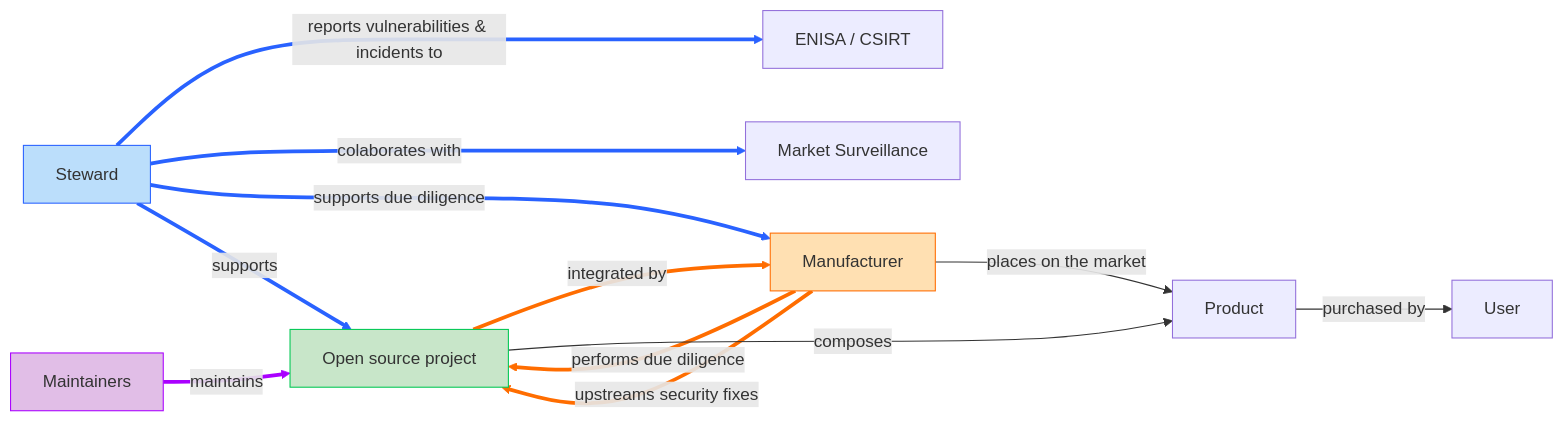
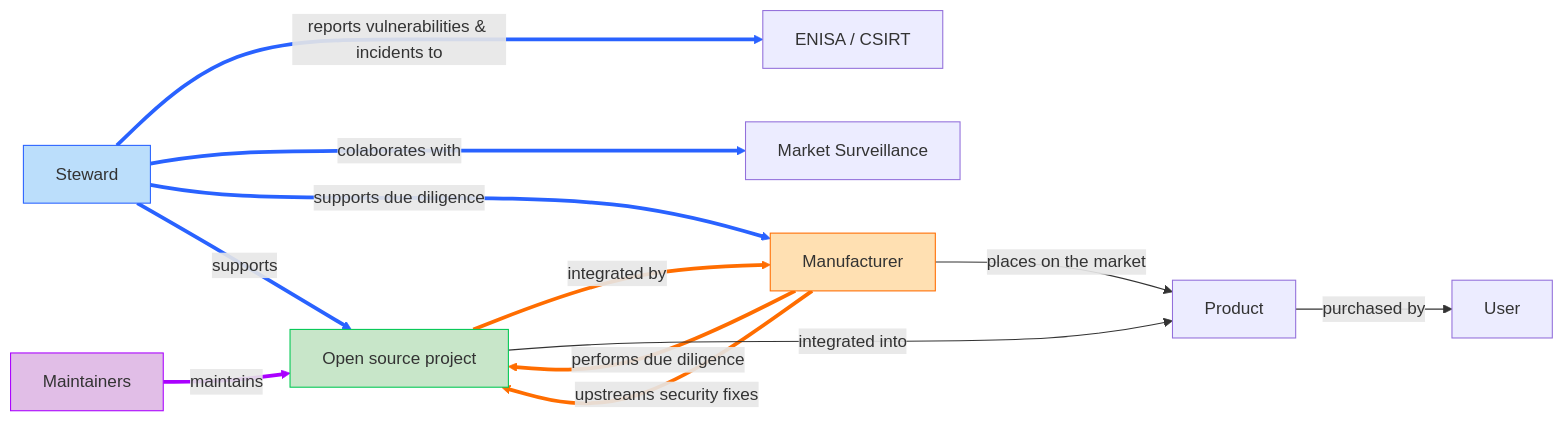
One commit to orcwg/orcwg changed the diagram in cyber-resilience-sig/README.md. Above: the diagram before and after it, drawn with Mermaid. The commit also changed other lines of this file, not shown here.

Commit message:
Address review input

````diff
--- a/cyber-resilience-sig/README.md
+++ b/cyber-resilience-sig/README.md
@@ -11,29 +11,29 @@
 ```mermaid
 flowchart LR
     foss["Open source project"] == integrated by ==> manufacturer["Manufacturer"] 
     manufacturer == performs due diligence ==> foss
     steward["Steward"] == reports vulnerabilities & incidents to ===> enisa["ENISA / CSIRT"]
     steward == colaborates with ===> msa["Market Surveillance"]
     steward == supports due diligence ==> manufacturer
     steward == supports ==> foss
     maintainers["Maintainers"] == maintains ==> foss
     manufacturer == upstreams security fixes ==> foss
     manufacturer -- places on the market --> product["Product"]
-    foss -- composes --> product
+    foss -- integrated into --> product
     product -- purchased by --> user["User"]
 
     style steward fill:#BBDEFB,stroke:#2962FF
     style foss fill:#C8E6C9,stroke:#00C853
     style manufacturer stroke:#FF6D00,fill:#FFE0B2
     style maintainers fill:#E1BEE7,stroke:#AA00FF
     linkStyle 0 stroke:#FF6D00,fill:none
     linkStyle 1 stroke:#FF6D00,fill:none
     linkStyle 2 stroke:#2962FF,fill:none
     linkStyle 3 stroke:#2962FF,fill:none
     linkStyle 4 stroke:#2962FF,fill:none
     linkStyle 5 stroke:#2962FF,fill:none
     linkStyle 6 stroke:#AA00FF,fill:none
     linkStyle 7 stroke:#FF6D00,fill:none
 
 
 ```
````
